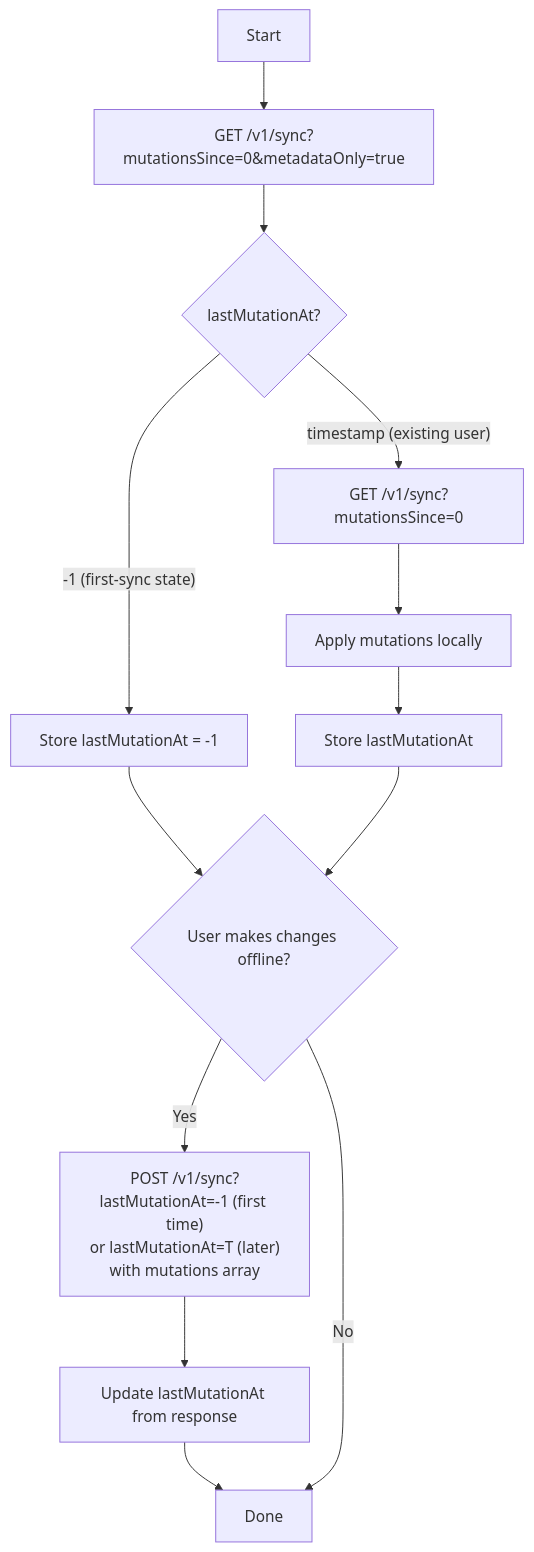
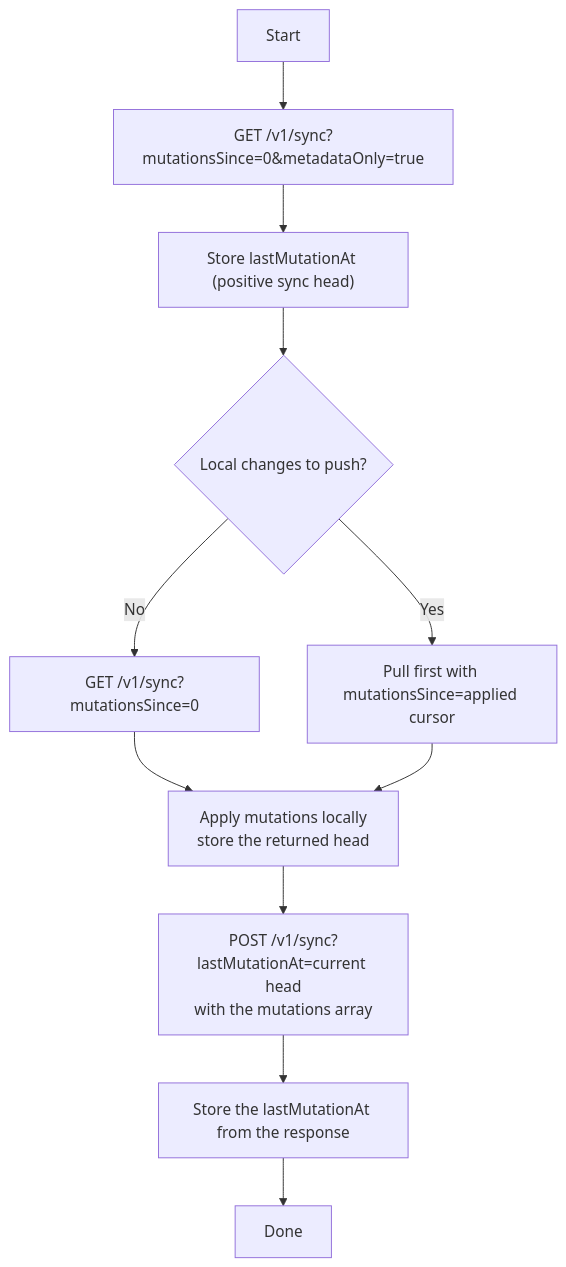
One commit to quran/qf-api-docs changed the second of 2 diagrams in docs/tutorials/sync/getting-started.mdx. Above: the diagram before and after it, drawn with Mermaid. The commit also changed other lines of this file and 2 other files, not shown here.

First line of the commit message:
docs(sync): require the positive sync head on the first push

````diff
--- a/docs/tutorials/sync/getting-started.mdx
+++ b/docs/tutorials/sync/getting-started.mdx
@@ -109,15 +111,13 @@
 ```mermaid
 flowchart TD
     A[Start] --> B["GET /v1/sync?mutationsSince=0&metadataOnly=true"]
-    B --> C{lastMutationAt?}
-    C -->|"-1 (first-sync state)"| D["Store lastMutationAt = -1"]
-    C -->|"timestamp (existing user)"| E["GET /v1/sync?mutationsSince=0"]
-    E --> F["Apply mutations locally"]
-    F --> G["Store lastMutationAt"]
-    D --> H{User makes changes offline?}
-    G --> H
-    H -->|Yes| I["POST /v1/sync?lastMutationAt=-1 (first time)<br/>or lastMutationAt=T (later)<br/>with mutations array"]
-    I --> J["Update lastMutationAt from response"]
-    J --> K[Done]
-    H -->|No| K
+    B --> C["Store lastMutationAt (positive sync head)"]
+    C --> D{"Local changes to push?"}
+    D -->|No| E["GET /v1/sync?mutationsSince=0"]
+    E --> F["Apply mutations locally<br/>store the returned head"]
+    D -->|Yes| G["Pull first with mutationsSince=applied cursor"]
+    G --> F
+    F --> H["POST /v1/sync?lastMutationAt=current head<br/>with the mutations array"]
+    H --> I["Store the lastMutationAt from the response"]
+    I --> J[Done]
 ```
````
